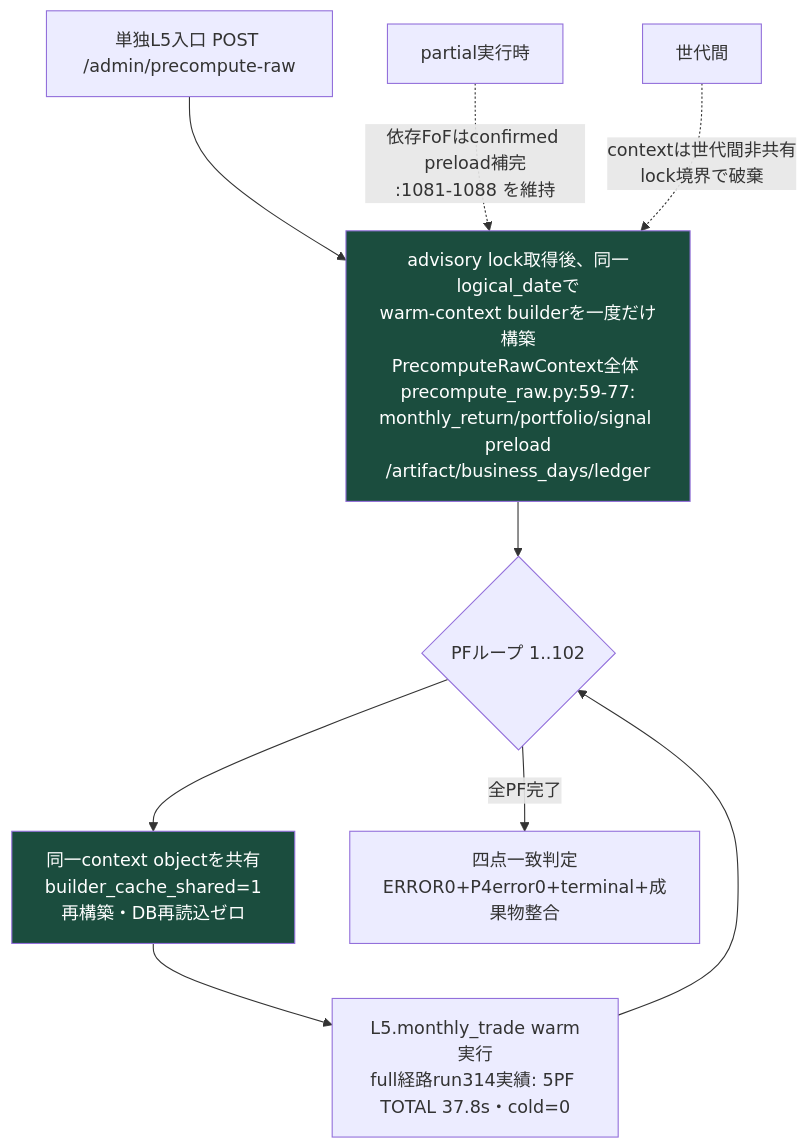
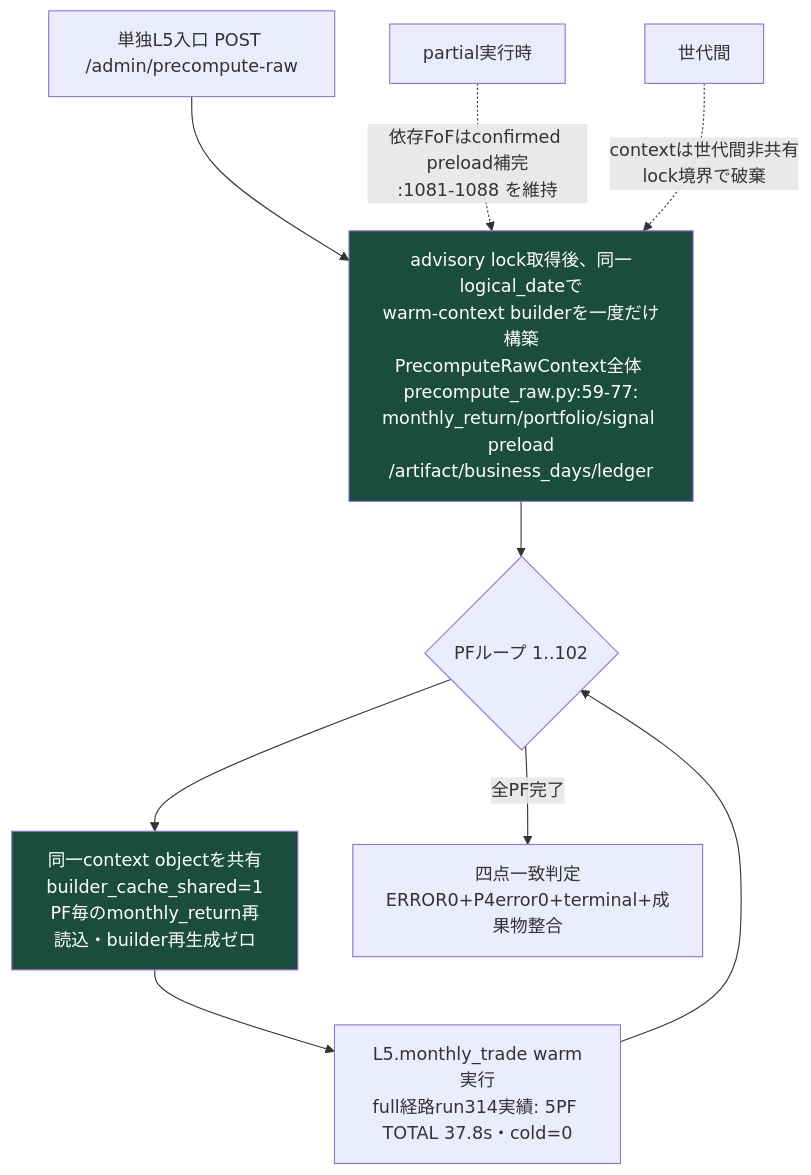
The second of 4 diagrams in docs/research/dm-production-recovery-v3_20260813.md (simokitafresh/multi-agent-shogun), drawn with Mermaid before and after one commit. The commit also changed other lines of this file, not shown here.

Commit message:
docs: align recovery v3.1 flows with production code

````diff
--- a/docs/research/dm-production-recovery-v3_20260813.md
+++ b/docs/research/dm-production-recovery-v3_20260813.md
@@ -52,13 +55,13 @@
 ```mermaid
 flowchart TD
     A["単独L5入口 POST /admin/precompute-raw"] --> B["advisory lock取得後、同一logical_dateで<br/>warm-context builderを一度だけ構築<br/>PrecomputeRawContext全体 precompute_raw.py:59-77:<br/>monthly_return/portfolio/signal preload<br/>/artifact/business_days/ledger"]
     B --> C{"PFループ 1..102"}
-    C --> D["同一context objectを共有<br/>builder_cache_shared=1<br/>再構築・DB再読込ゼロ"]
+    C --> D["同一context objectを共有<br/>builder_cache_shared=1<br/>PF毎のmonthly_return再読込・builder再生成ゼロ"]
     D --> E["L5.monthly_trade warm実行<br/>full経路run314実績: 5PF TOTAL 37.8s・cold=0"]
     E --> C
     C -->|全PF完了| F["四点一致判定<br/>ERROR0+P4error0+terminal+成果物整合"]
     G["partial実行時"] -.->|"依存FoFはconfirmed preload補完<br/>:1081-1088 を維持"| B
     H["世代間"] -.->|"contextは世代間非共有<br/>lock境界で破棄"| B
     style B fill:#1b4d3e,color:#fff
     style D fill:#1b4d3e,color:#fff
 ```
````
